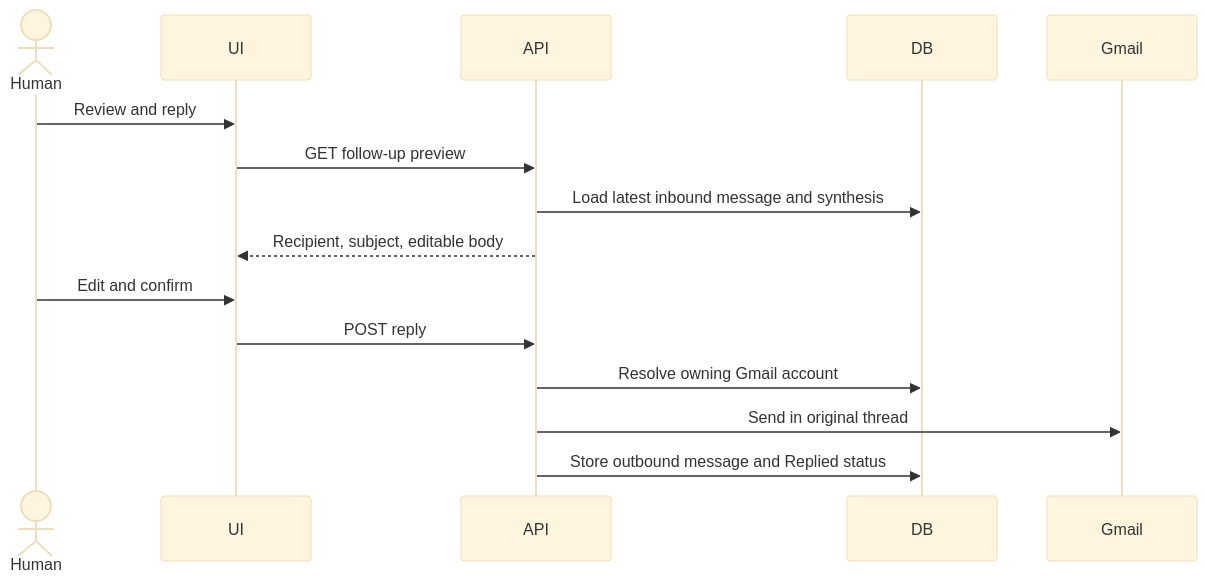
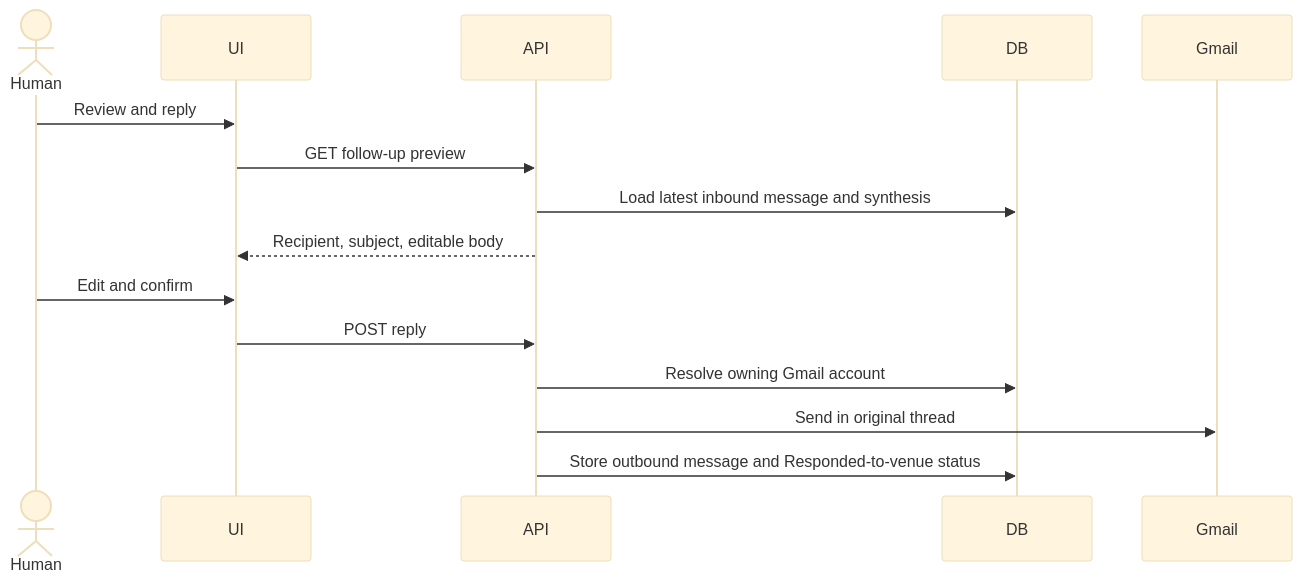
One commit to ralphieninefo/rkwedding changed the sixth of 6 diagrams in docs/ARCHITECTURE.md. Above: the diagram before and after it, drawn with Mermaid (base theme). The commit also changed other lines of this file and 13 other files, not shown here.

````diff
--- a/docs/ARCHITECTURE.md
+++ b/docs/ARCHITECTURE.md
@@ -259,18 +278,18 @@
 ```mermaid
 sequenceDiagram
     actor Human
     participant UI
     participant API
     participant DB
     participant Gmail
 
     Human->>UI: Review and reply
     UI->>API: GET follow-up preview
     API->>DB: Load latest inbound message and synthesis
     API-->>UI: Recipient, subject, editable body
     Human->>UI: Edit and confirm
     UI->>API: POST reply
     API->>DB: Resolve owning Gmail account
     API->>Gmail: Send in original thread
-    API->>DB: Store outbound message and Replied status
+    API->>DB: Store outbound message and Responded-to-venue status
 ```
````
